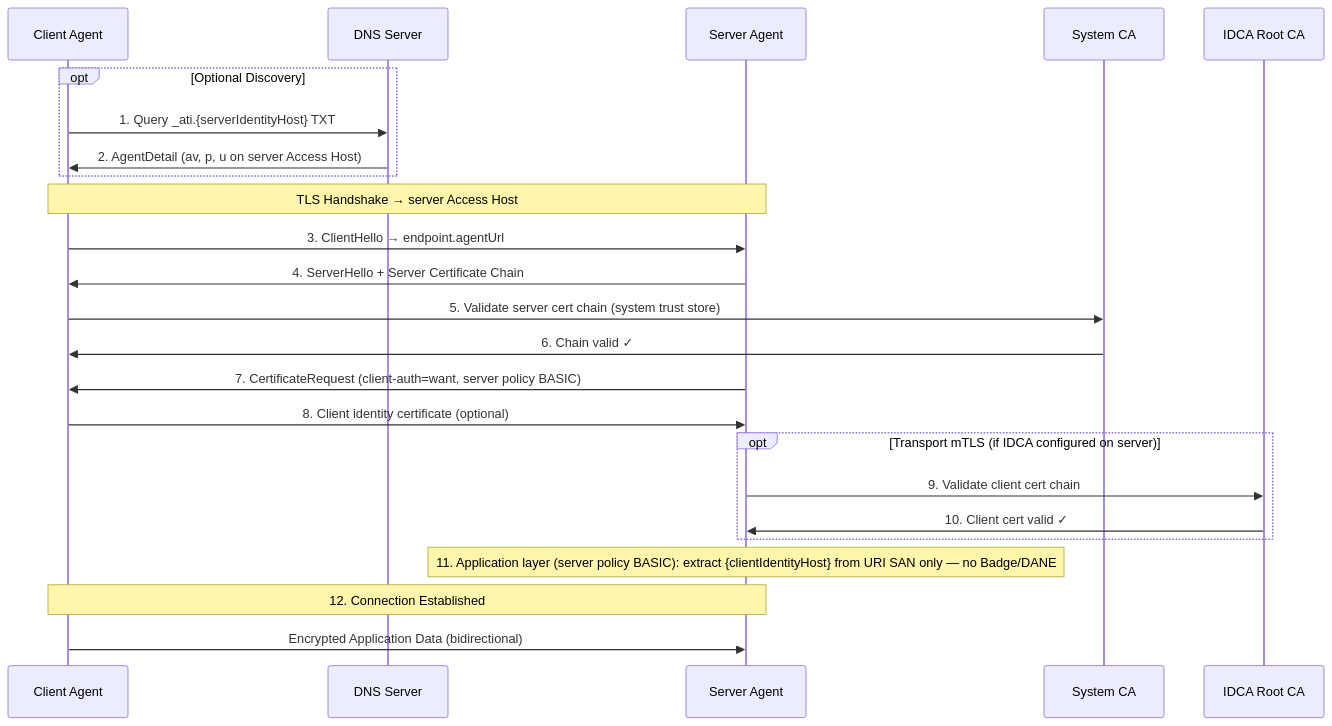
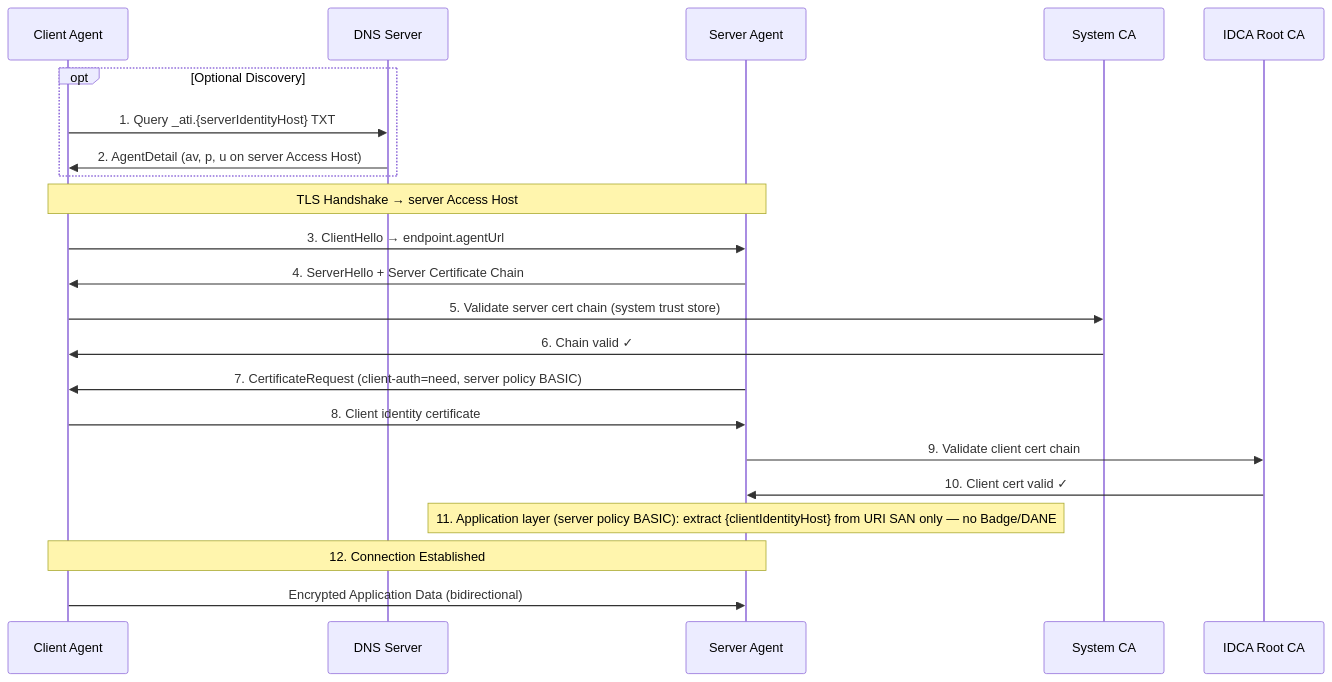
One commit to aliyun/ati-sdk-java changed the second of 4 diagrams in README.md. Above: the diagram before and after it, drawn with Mermaid. The commit also changed other lines of this file and 8 other files, not shown here.

First line of the commit message:
fix(server): require Identity Certificate for BASIC policy

````diff
--- a/README.md
+++ b/README.md
@@ -109,30 +109,28 @@
 ```mermaid
 sequenceDiagram
     participant C as Client Agent
     participant DNS as DNS Server
     participant S as Server Agent
     participant CA as System CA
     participant IDCA as IDCA Root CA
 
     opt Optional Discovery
         C->>DNS: 1. Query _ati.{serverIdentityHost} TXT
         DNS->>C: 2. AgentDetail (av, p, u on server Access Host)
     end
 
     Note over C,S: TLS Handshake → server Access Host
     C->>S: 3. ClientHello → endpoint.agentUrl
     S->>C: 4. ServerHello + Server Certificate Chain
     C->>CA: 5. Validate server cert chain (system trust store)
     CA->>C: 6. Chain valid ✓
-    S->>C: 7. CertificateRequest (client-auth=want, server policy BASIC)
-    C->>S: 8. Client identity certificate (optional)
+    S->>C: 7. CertificateRequest (client-auth=need, server policy BASIC)
+    C->>S: 8. Client identity certificate
 
-    opt Transport mTLS (if IDCA configured on server)
-        S->>IDCA: 9. Validate client cert chain
-        IDCA->>S: 10. Client cert valid ✓
-    end
+    S->>IDCA: 9. Validate client cert chain
+    IDCA->>S: 10. Client cert valid ✓
 
     Note over S: 11. Application layer (server policy BASIC): extract {clientIdentityHost} from URI SAN only — no Badge/DANE
     Note over C,S: 12. Connection Established
     C->>S: Encrypted Application Data (bidirectional)
 ```
````
